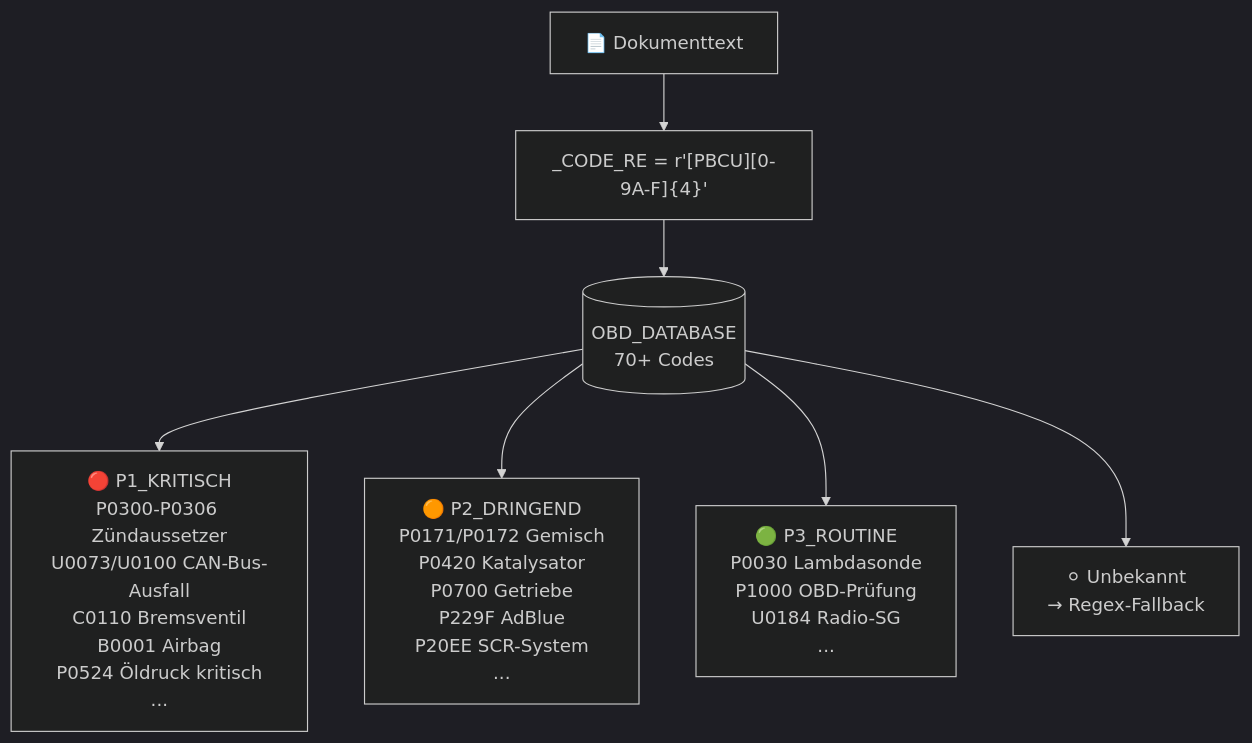
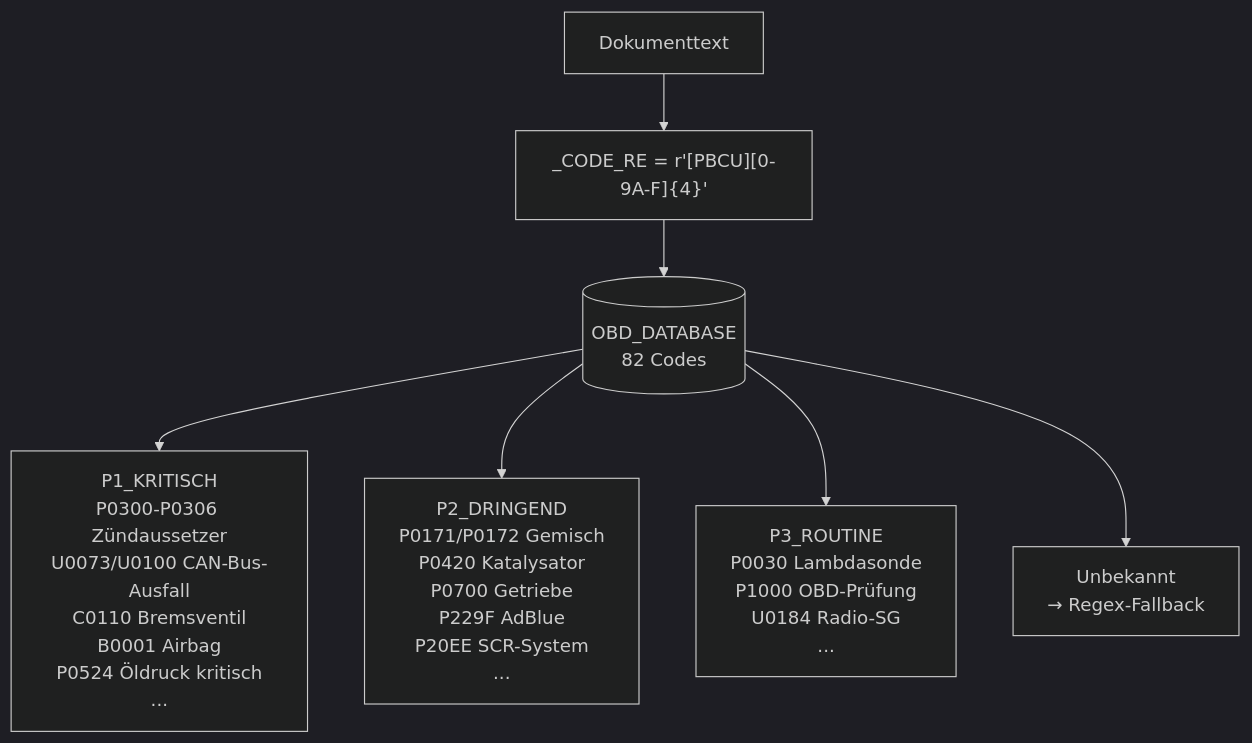
One commit to ProfRandom92/Comptext-Daimler-Experiment- changed the third of 6 diagrams in README.md. Above: the diagram before and after it, drawn with Mermaid (dark theme). The commit also changed other lines of this file, not shown here.

First line of the commit message:
docs: update README to reflect current system state (75 tests, 82 OBD codes, React frontend)

````diff
--- a/README.md
+++ b/README.md
@@ -184,10 +186,10 @@
 ```mermaid
 graph TD
-    Text[📄 Dokumenttext] --> Extractor["_CODE_RE = r'[PBCU][0-9A-F]{4}'"]
-    Extractor --> DB[(OBD_DATABASE\n70+ Codes)]
+    Text[Dokumenttext] --> Extractor["_CODE_RE = r'[PBCU][0-9A-F]{4}'"]
+    Extractor --> DB[(OBD_DATABASE\n82 Codes)]
 
-    DB --> P1["🔴 P1_KRITISCH\nP0300-P0306 Zündaussetzer\nU0073/U0100 CAN-Bus-Ausfall\nC0110 Bremsventil\nB0001 Airbag\nP0524 Öldruck kritisch\n..."]
-    DB --> P2["🟠 P2_DRINGEND\nP0171/P0172 Gemisch\nP0420 Katalysator\nP0700 Getriebe\nP229F AdBlue\nP20EE SCR-System\n..."]
-    DB --> P3["🟢 P3_ROUTINE\nP0030 Lambdasonde\nP1000 OBD-Prüfung\nU0184 Radio-SG\n..."]
-    DB --> UNK["⚪ Unbekannt\n→ Regex-Fallback"]
+    DB --> P1["P1_KRITISCH\nP0300-P0306 Zündaussetzer\nU0073/U0100 CAN-Bus-Ausfall\nC0110 Bremsventil\nB0001 Airbag\nP0524 Öldruck kritisch\n..."]
+    DB --> P2["P2_DRINGEND\nP0171/P0172 Gemisch\nP0420 Katalysator\nP0700 Getriebe\nP229F AdBlue\nP20EE SCR-System\n..."]
+    DB --> P3["P3_ROUTINE\nP0030 Lambdasonde\nP1000 OBD-Prüfung\nU0184 Radio-SG\n..."]
+    DB --> UNK["Unbekannt\n→ Regex-Fallback"]
 ```
````
